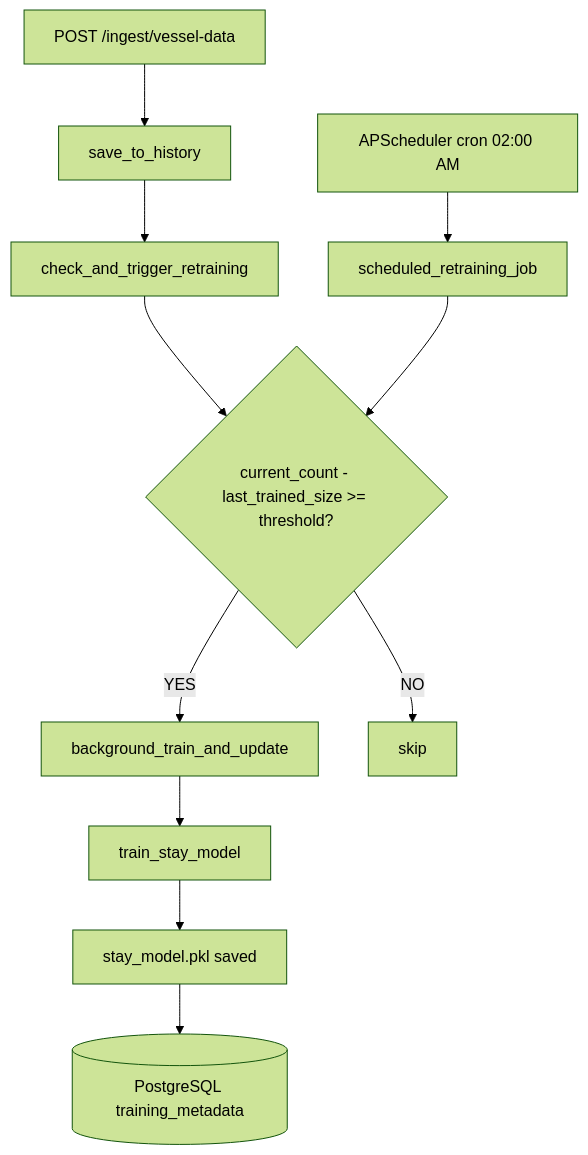
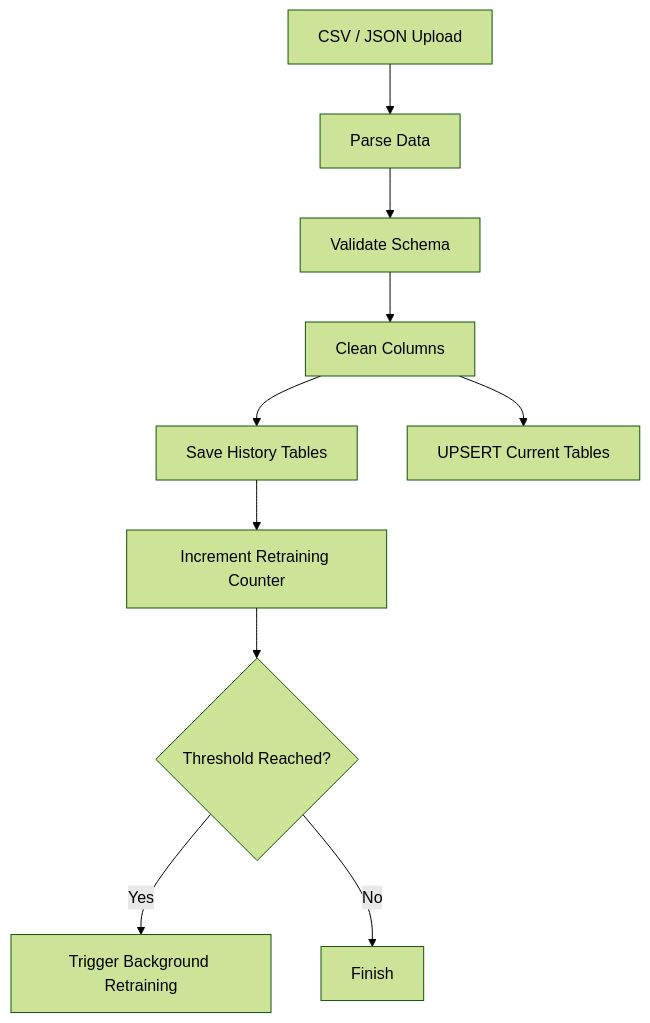
The fourth of 8 diagrams in README.md (SHATHISH-07/port-system), drawn with Mermaid (forest theme) before and after one commit. The commit also changed other lines of this file and 4 other files, not shown here.

````diff
--- a/README.md
+++ b/README.md
@@ -80,13 +395,14 @@
 ```mermaid
-graph TD
-    A[POST /ingest/vessel-data] --> B[save_to_history]
-    B --> C[check_and_trigger_retraining]
-    C --> D{current_count - last_trained_size >= threshold?}
-    D -- YES --> E[background_train_and_update]
-    D -- NO --> F[skip]
-    E --> G[train_stay_model]
-    G --> H[stay_model.pkl saved]
-    H --> I[(PostgreSQL training_metadata)]
-    J[APScheduler cron 02:00 AM] --> K[scheduled_retraining_job]
-    K --> D
+flowchart TD
+
+    A[CSV / JSON Upload] --> B[Parse Data]
+    B --> C[Validate Schema]
+    C --> D[Clean Columns]
+    D --> E[Save History Tables]
+    D --> F[UPSERT Current Tables]
+    E --> G[Increment Retraining Counter]
+    G --> H{Threshold Reached?}
+
+    H -- Yes --> I[Trigger Background Retraining]
+    H -- No --> J[Finish]
 ```
````
